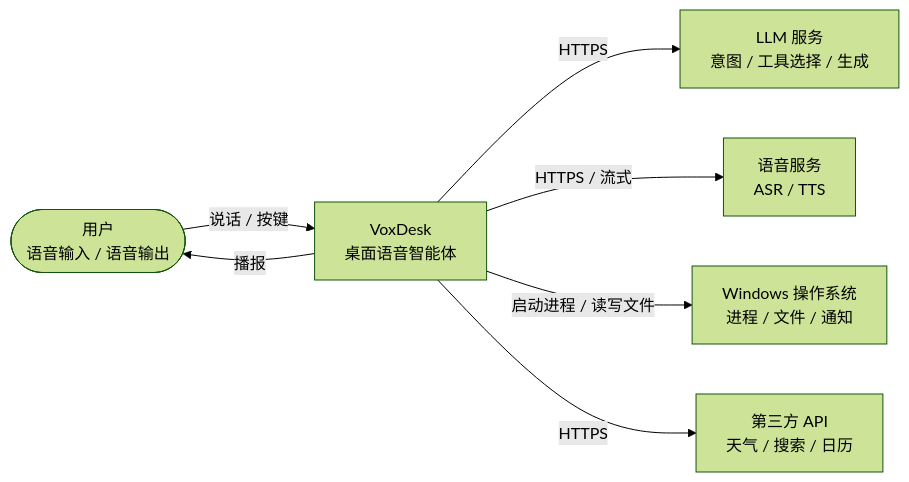
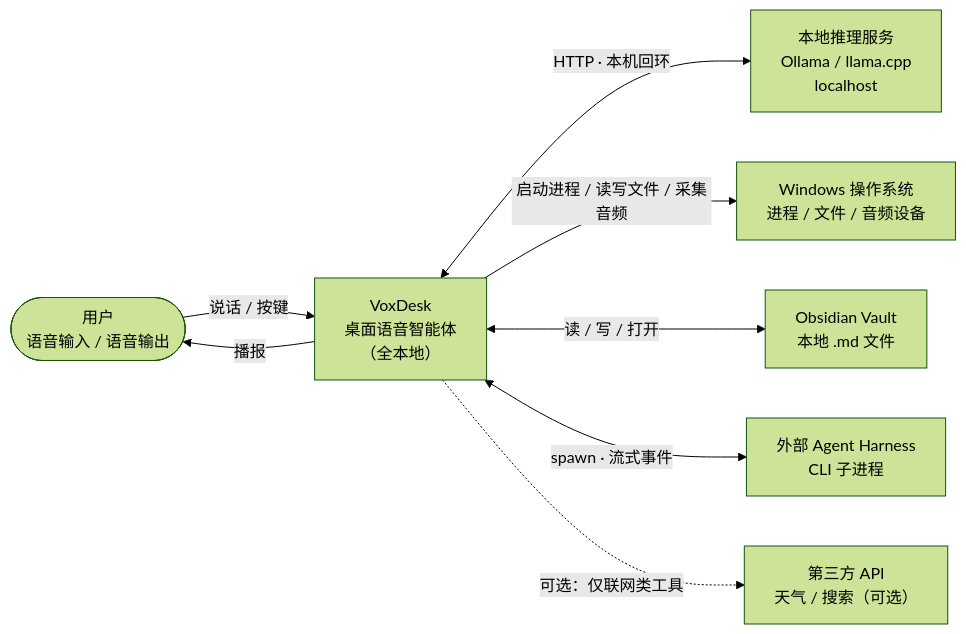
The first of 9 diagrams in docs/03-architecture.md (DongyueHAN/VoxDesk), drawn with Mermaid (forest theme) before and after one commit. The commit also changed other lines of this file, not shown here.

````diff
--- a/docs/03-architecture.md
+++ b/docs/03-architecture.md
@@ -27,17 +28,19 @@
 ```mermaid
-%% diagram: CTX-01 系统上下文 | updated: 2026-10-20
+%% diagram: CTX-01 系统上下文 | updated: 2026-10-26
 flowchart LR
     U(["用户<br/>语音输入 / 语音输出"])
-    SYS["VoxDesk<br/>桌面语音智能体"]
-    LLM["LLM 服务<br/>意图 / 工具选择 / 生成"]
-    SPEECH["语音服务<br/>ASR / TTS"]
-    OS["Windows 操作系统<br/>进程 / 文件 / 通知"]
-    API["第三方 API<br/>天气 / 搜索 / 日历"]
+    SYS["VoxDesk<br/>桌面语音智能体<br/>（全本地）"]
+    LLM["本地推理服务<br/>Ollama / llama.cpp<br/>localhost"]
+    OS["Windows 操作系统<br/>进程 / 文件 / 音频设备"]
+    VAULT["Obsidian Vault<br/>本地 .md 文件"]
+    HARNESS["外部 Agent Harness<br/>CLI 子进程"]
+    API["第三方 API<br/>天气 / 搜索（可选）"]
 
     U -->|"说话 / 按键"| SYS
     SYS -->|"播报"| U
-    SYS -->|"HTTPS"| LLM
-    SYS -->|"HTTPS / 流式"| SPEECH
-    SYS -->|"启动进程 / 读写文件"| OS
-    SYS -->|"HTTPS"| API
+    SYS <-->|"HTTP · 本机回环"| LLM
+    SYS -->|"启动进程 / 读写文件 / 采集音频"| OS
+    SYS <-->|"读 / 写 / 打开"| VAULT
+    SYS <-->|"spawn · 流式事件"| HARNESS
+    SYS -.->|"可选：仅联网类工具"| API
 ```
````
